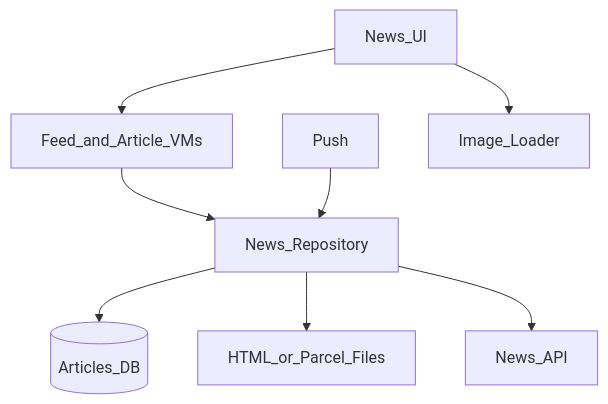
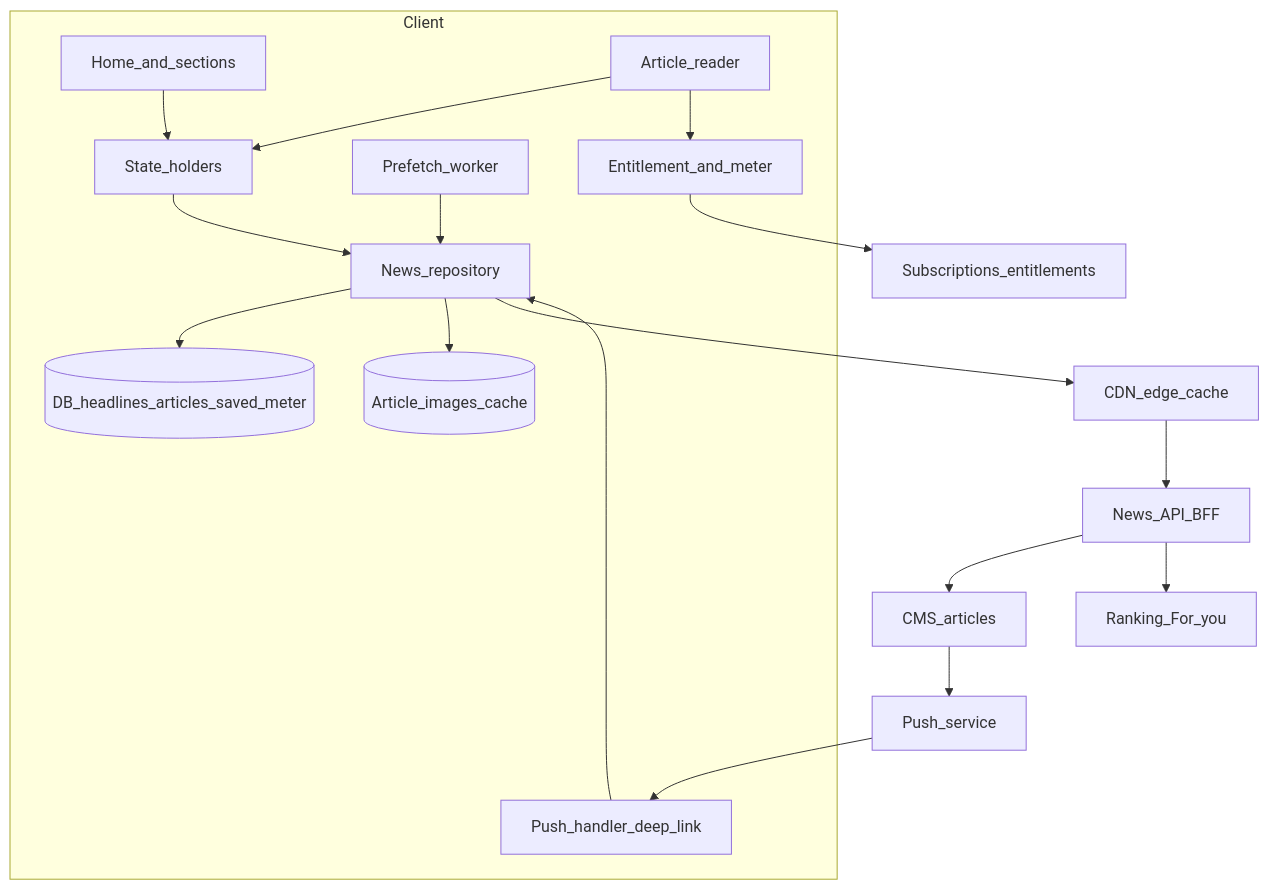
One commit to yadavsandeep24/san_system_design changed the first of 2 diagrams in book/part-3-consumer-apps/24-news-reader.md. Above: the diagram before and after it, drawn with Mermaid. The commit also changed other lines of this file, not shown here.

Commit message:
Rewrite Ch 24 news reader in depth

````diff
--- a/book/part-3-consumer-apps/24-news-reader.md
+++ b/book/part-3-consumer-apps/24-news-reader.md
@@ -27,17 +47,34 @@
 ```mermaid
 flowchart TB
-  ui[News_UI]
-  vm[Feed_and_Article_VMs]
-  repo[News_Repository]
-  db[(Articles_DB)]
-  files[HTML_or_Parcel_Files]
-  api[News_API]
-  push[Push]
-  img[Image_Loader]
-  ui --> vm --> repo
-  repo --> db
-  repo --> files
-  repo --> api
-  push --> repo
-  ui --> img
+  subgraph Client
+    home[Home_and_sections]
+    reader[Article_reader]
+    vm[State_holders]
+    repo[News_repository]
+    db[(DB_headlines_articles_saved_meter)]
+    files[(Article_images_cache)]
+    prefetch[Prefetch_worker]
+    pushh[Push_handler_deep_link]
+    entitle[Entitlement_and_meter]
+    home --> vm
+    reader --> vm
+    vm --> repo
+    repo --> db
+    repo --> files
+    prefetch --> repo
+    pushh --> repo
+    reader --> entitle
+  end
+  edge[CDN_edge_cache]
+  api[News_API_BFF]
+  cms[CMS_articles]
+  rank[Ranking_For_you]
+  subs[Subscriptions_entitlements]
+  pushs[Push_service]
+  repo --> edge --> api
+  api --> cms
+  api --> rank
+  entitle --> subs
+  cms --> pushs
+  pushs --> pushh
 ```
````
